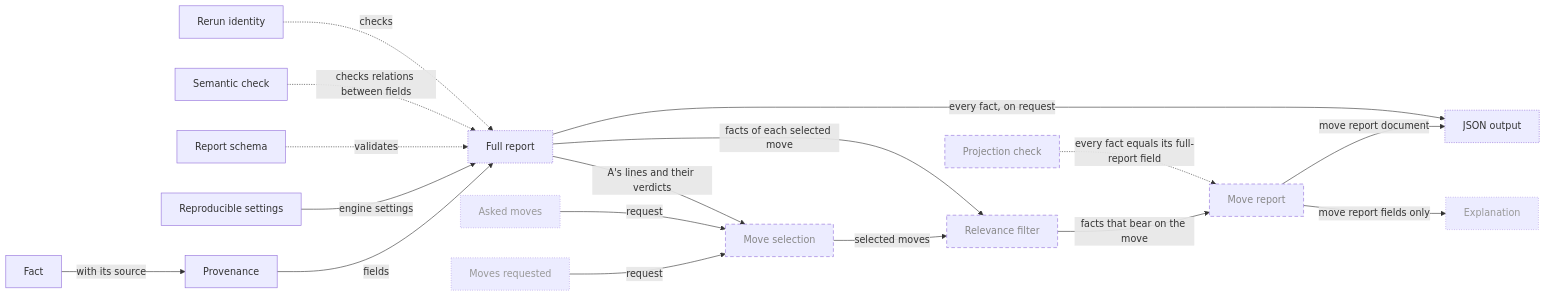
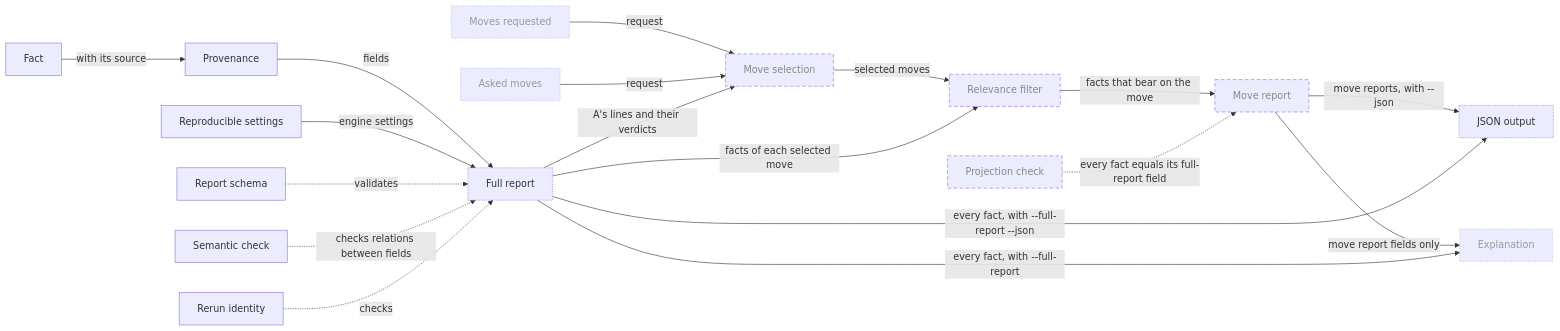
One commit to aurja/ChessWhy changed the tenth of 22 diagrams in Planning/DBC/CONCEPTS.md. Above: the diagram before and after it, drawn with Mermaid. The commit also changed other lines of this file and 5 other files, not shown here.

First line of the commit message:
M4 contract: --json chooses format, --full-report chooses content

````diff
--- a/Planning/DBC/CONCEPTS.md
+++ b/Planning/DBC/CONCEPTS.md
@@ -459,39 +459,40 @@
 ```mermaid
 flowchart LR
     Fact["Fact"]
     Provenance["Provenance"]
     Reproducible["Reproducible settings"]
     ReportDocument["Full report"]
     ReportSchema["Report schema"]
     SemanticCheck["Semantic check"]
     RerunIdentity["Rerun identity"]
     JsonOutput["JSON output"]
     MoveSelection["Move selection"]
     RelevanceFilter["Relevance filter"]
     MoveReport["Move report"]
     ProjectionCheck["Projection check"]
     MoveRequest["Moves requested"]
     AskedMove["Asked moves"]
     Explanation["Explanation"]
     Fact -->|with its source| Provenance
     Provenance -->|fields| ReportDocument
     Reproducible -->|engine settings| ReportDocument
     ReportSchema -.->|validates| ReportDocument
     SemanticCheck -.->|checks relations between fields| ReportDocument
     RerunIdentity -.->|checks| ReportDocument
     MoveRequest & AskedMove -->|request| MoveSelection
     ReportDocument -->|A's lines and their verdicts| MoveSelection
     MoveSelection -->|selected moves| RelevanceFilter
     ReportDocument -->|facts of each selected move| RelevanceFilter
     RelevanceFilter -->|facts that bear on the move| MoveReport
     ProjectionCheck -.->|every fact equals its full-report field| MoveReport
-    MoveReport -->|move report document| JsonOutput
-    ReportDocument -->|every fact, on request| JsonOutput
+    MoveReport -->|move reports, with --json| JsonOutput
+    ReportDocument -->|every fact, with --full-report --json| JsonOutput
     MoveReport -->|move report fields only| Explanation
+    ReportDocument -->|every fact, with --full-report| Explanation
     classDef planned stroke-dasharray:6 4,color:#888
     classDef partial stroke-dasharray:2 2
     classDef external stroke-dasharray:1 3,color:#999
     class Explanation,MoveRequest,AskedMove external
     class ReportDocument,JsonOutput partial
     class MoveSelection,RelevanceFilter,MoveReport,ProjectionCheck planned
 ```
````
